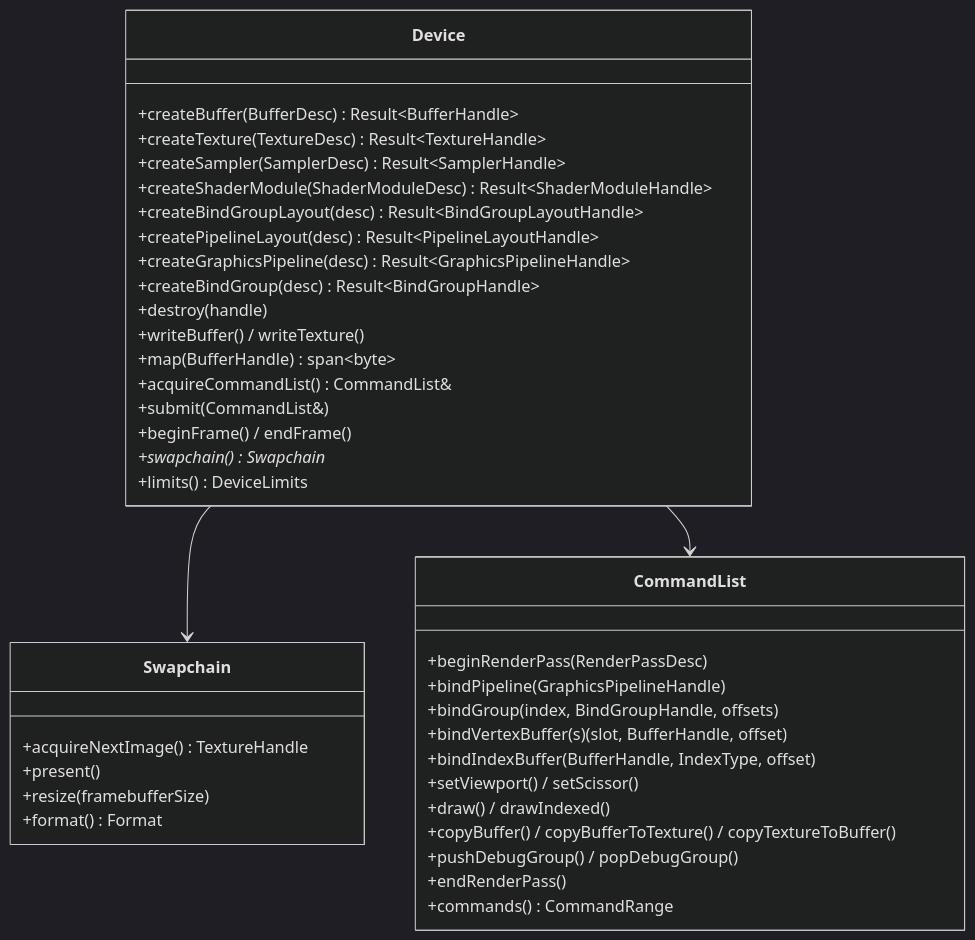
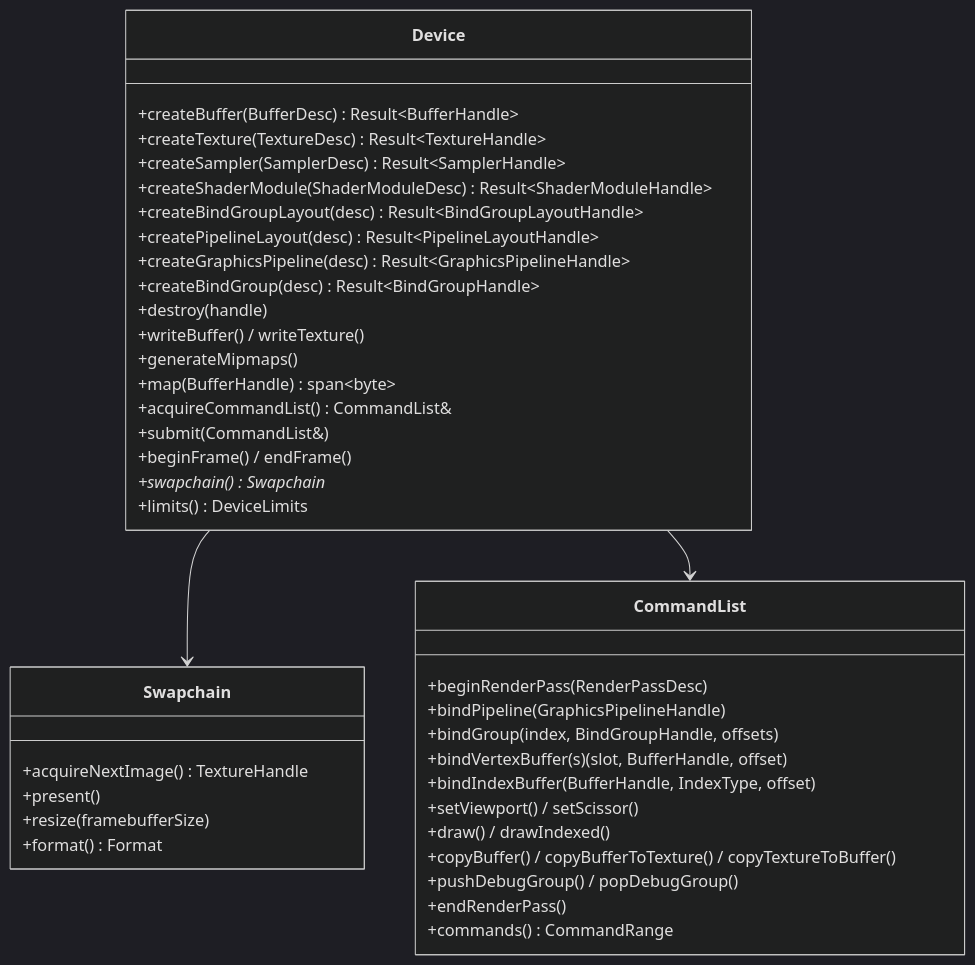
The first of 3 diagrams in docs/architecture/rhi.md (fyernald/teserra), drawn with Mermaid (dark theme) before and after one commit. The commit also changed other lines of this file and 25 other files, not shown here.

````diff
--- a/docs/architecture/rhi.md
+++ b/docs/architecture/rhi.md
@@ -18,42 +18,43 @@
 ```mermaid
 classDiagram
     class Device {
       +createBuffer(BufferDesc) Result~BufferHandle~
       +createTexture(TextureDesc) Result~TextureHandle~
       +createSampler(SamplerDesc) Result~SamplerHandle~
       +createShaderModule(ShaderModuleDesc) Result~ShaderModuleHandle~
       +createBindGroupLayout(desc) Result~BindGroupLayoutHandle~
       +createPipelineLayout(desc) Result~PipelineLayoutHandle~
       +createGraphicsPipeline(desc) Result~GraphicsPipelineHandle~
       +createBindGroup(desc) Result~BindGroupHandle~
       +destroy(handle)
       +writeBuffer() / writeTexture()
+      +generateMipmaps()
       +map(BufferHandle) span~byte~
       +acquireCommandList() CommandList&
       +submit(CommandList&)
       +beginFrame() / endFrame()
       +swapchain() Swapchain*
       +limits() DeviceLimits
     }
     class Swapchain {
       +acquireNextImage() TextureHandle
       +present()
       +resize(framebufferSize)
       +format() Format
     }
     class CommandList {
       +beginRenderPass(RenderPassDesc)
       +bindPipeline(GraphicsPipelineHandle)
       +bindGroup(index, BindGroupHandle, offsets)
       +bindVertexBuffer(s)(slot, BufferHandle, offset)
       +bindIndexBuffer(BufferHandle, IndexType, offset)
       +setViewport() / setScissor()
       +draw() / drawIndexed()
       +copyBuffer() / copyBufferToTexture() / copyTextureToBuffer()
       +pushDebugGroup() / popDebugGroup()
       +endRenderPass()
       +commands() CommandRange
     }
     Device --> Swapchain
     Device --> CommandList
 ```
````
